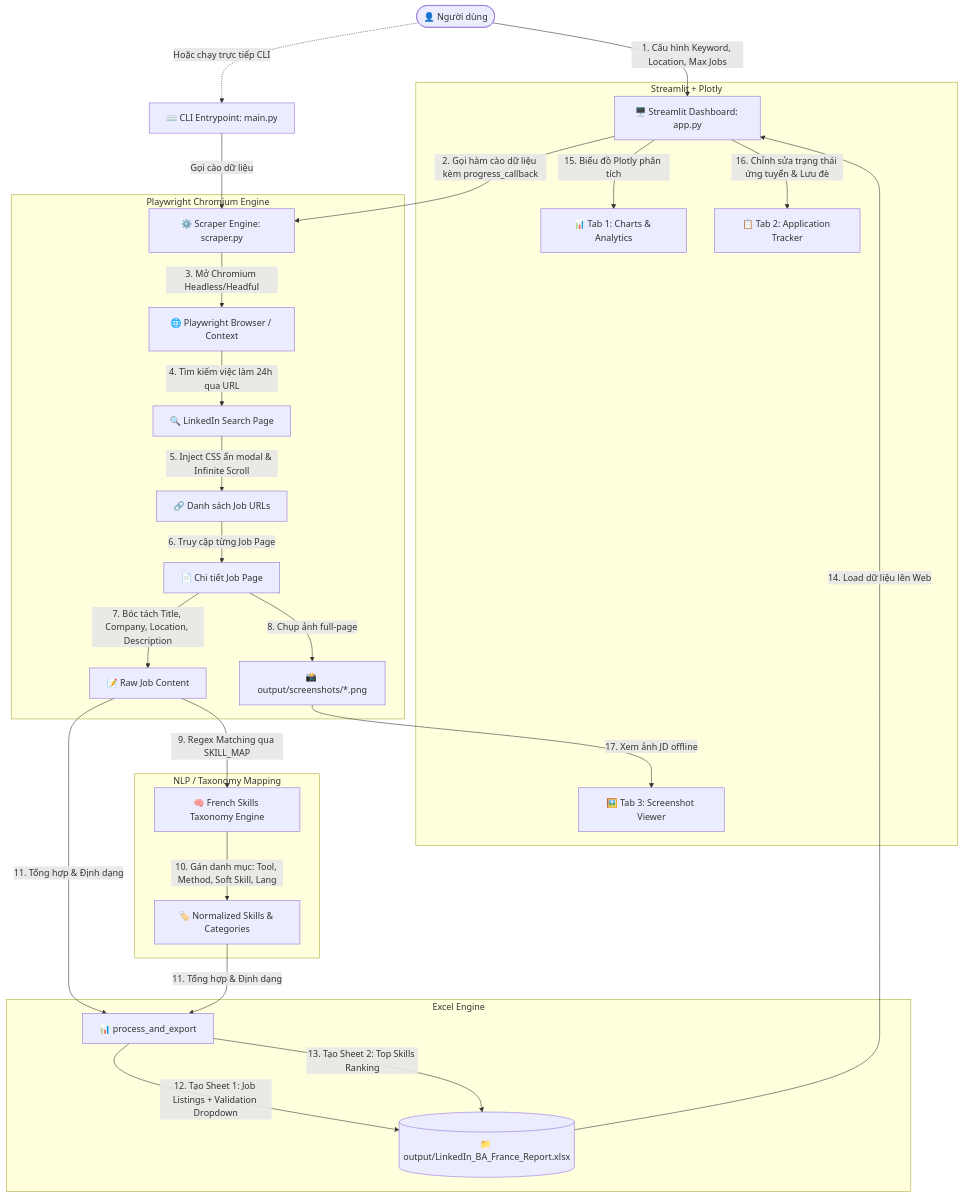
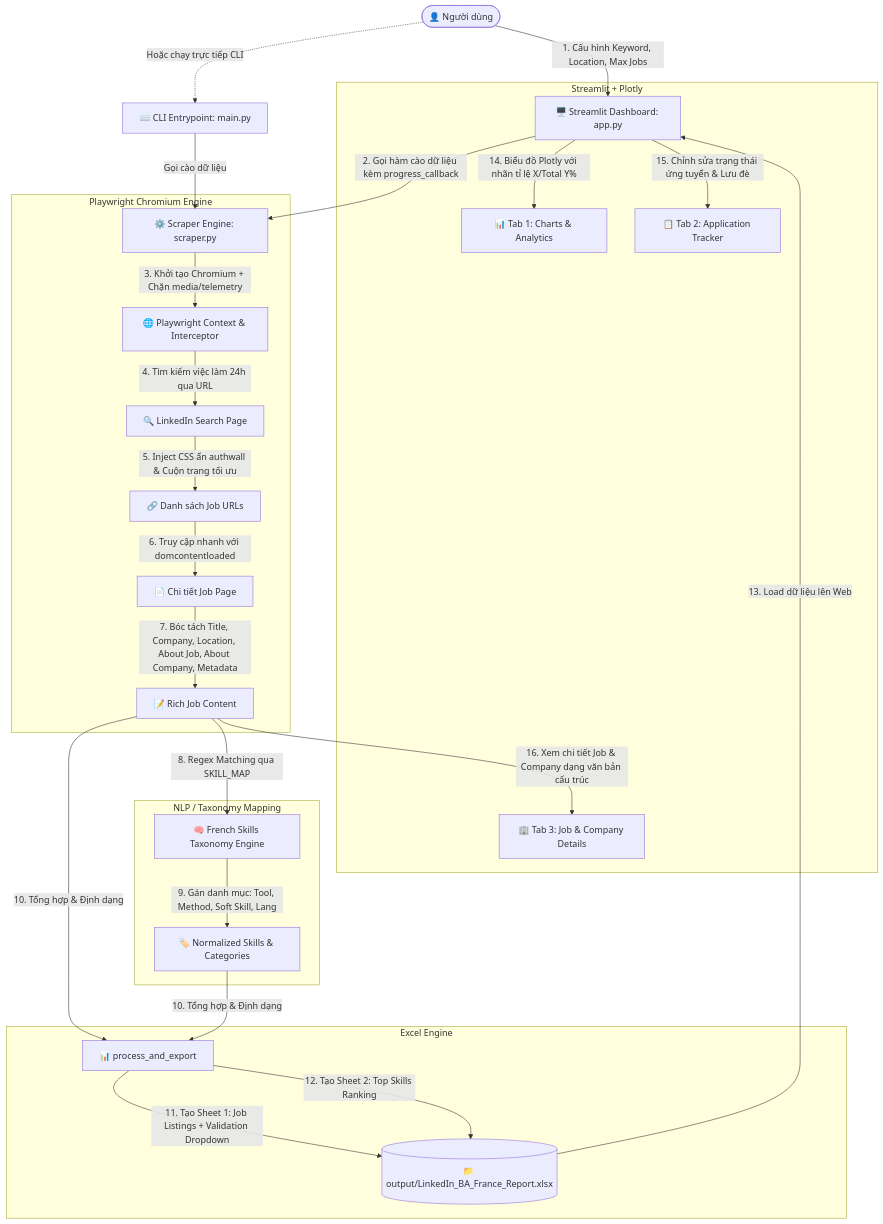
Before and after one commit to VinhTung1410/ai-agent-playwright: the diagram in architect.md, drawn with Mermaid. The commit also changed other lines of this file and 1 other file, not shown here.

Commit message:
docs(sprint-4): update architect.md (vi) and README.md (fr) with Sprint 4 specifications

````diff
--- a/architect.md
+++ b/architect.md
@@ -61,35 +63,34 @@
 ```mermaid
 graph TD
     User([👤 Người dùng]) -->|1. Cấu hình Keyword, Location, Max Jobs| WebUI[🖥️ Streamlit Dashboard: app.py]
     User -.->|Hoặc chạy trực tiếp CLI| MainCLI[⌨️ CLI Entrypoint: main.py]
     
     WebUI -->|2. Gọi hàm cào dữ liệu kèm progress_callback| ScraperCore[⚙️ Scraper Engine: scraper.py]
     MainCLI -->|Gọi cào dữ liệu| ScraperCore
     
-    subgraph Browser Automation Layer [Playwright Chromium Engine]
-        ScraperCore -->|3. Mở Chromium Headless/Headful| BrowserInstance[🌐 Playwright Browser / Context]
+    subgraph Browser Automation & Request Filter Layer [Playwright Chromium Engine]
+        ScraperCore -->|3. Khởi tạo Chromium + Chặn media/telemetry| BrowserInstance[🌐 Playwright Context & Interceptor]
         BrowserInstance -->|4. Tìm kiếm việc làm 24h qua URL| LinkedInSearch[🔍 LinkedIn Search Page]
-        LinkedInSearch -->|5. Inject CSS ẩn modal & Infinite Scroll| JobLinks[🔗 Danh sách Job URLs]
-        JobLinks -->|6. Truy cập từng Job Page| SingleJobPage[📄 Chi tiết Job Page]
-        SingleJobPage -->|7. Bóc tách Title, Company, Location, Description| ExtractedData[📝 Raw Job Content]
-        SingleJobPage -->|8. Chụp ảnh full-page| ScreenshotSaver[📸 output/screenshots/*.png]
+        LinkedInSearch -->|5. Inject CSS ẩn authwall & Cuộn trang tối ưu| JobLinks[🔗 Danh sách Job URLs]
+        JobLinks -->|6. Truy cập nhanh với domcontentloaded| SingleJobPage[📄 Chi tiết Job Page]
+        SingleJobPage -->|7. Bóc tách Title, Company, Location, About Job, About Company, Metadata| ExtractedData[📝 Rich Job Content]
     end
     
     subgraph Skill Extraction & Analytics [NLP / Taxonomy Mapping]
-        ExtractedData -->|9. Regex Matching qua SKILL_MAP| SkillEngine[🧠 French Skills Taxonomy Engine]
-        SkillEngine -->|10. Gán danh mục: Tool, Method, Soft Skill, Lang| CategorizedSkills[🏷️ Normalized Skills & Categories]
+        ExtractedData -->|8. Regex Matching qua SKILL_MAP| SkillEngine[🧠 French Skills Taxonomy Engine]
+        SkillEngine -->|9. Gán danh mục: Tool, Method, Soft Skill, Lang| CategorizedSkills[🏷️ Normalized Skills & Categories]
     end
     
     subgraph Data Export Layer [Excel Engine]
-        ExtractedData & CategorizedSkills -->|11. Tổng hợp & Định dạng| ExcelProcessor[📊 process_and_export]
-        ExcelProcessor -->|12. Tạo Sheet 1: Job Listings + Validation Dropdown| ExcelFile[(📁 output/LinkedIn_BA_France_Report.xlsx)]
-        ExcelProcessor -->|13. Tạo Sheet 2: Top Skills Ranking| ExcelFile
+        ExtractedData & CategorizedSkills -->|10. Tổng hợp & Định dạng| ExcelProcessor[📊 process_and_export]
+        ExcelProcessor -->|11. Tạo Sheet 1: Job Listings + Validation Dropdown| ExcelFile[(📁 output/LinkedIn_BA_France_Report.xlsx)]
+        ExcelProcessor -->|12. Tạo Sheet 2: Top Skills Ranking| ExcelFile
     end
     
     subgraph Interactive UI Layer [Streamlit + Plotly]
-        ExcelFile -->|14. Load dữ liệu lên Web| WebUI
-        WebUI -->|15. Biểu đồ Plotly phân tích| Tab1[📊 Tab 1: Charts & Analytics]
-        WebUI -->|16. Chỉnh sửa trạng thái ứng tuyển & Lưu đè| Tab2[📋 Tab 2: Application Tracker]
-        ScreenshotSaver -->|17. Xem ảnh JD offline| Tab3[🖼️ Tab 3: Screenshot Viewer]
+        ExcelFile -->|13. Load dữ liệu lên Web| WebUI
+        WebUI -->|14. Biểu đồ Plotly với nhãn tỉ lệ X/Total Y%| Tab1[📊 Tab 1: Charts & Analytics]
+        WebUI -->|15. Chỉnh sửa trạng thái ứng tuyển & Lưu đè| Tab2[📋 Tab 2: Application Tracker]
+        ExtractedData -->|16. Xem chi tiết Job & Company dạng văn bản cấu trúc| Tab3[🏢 Tab 3: Job & Company Details]
     end
 ```
````
